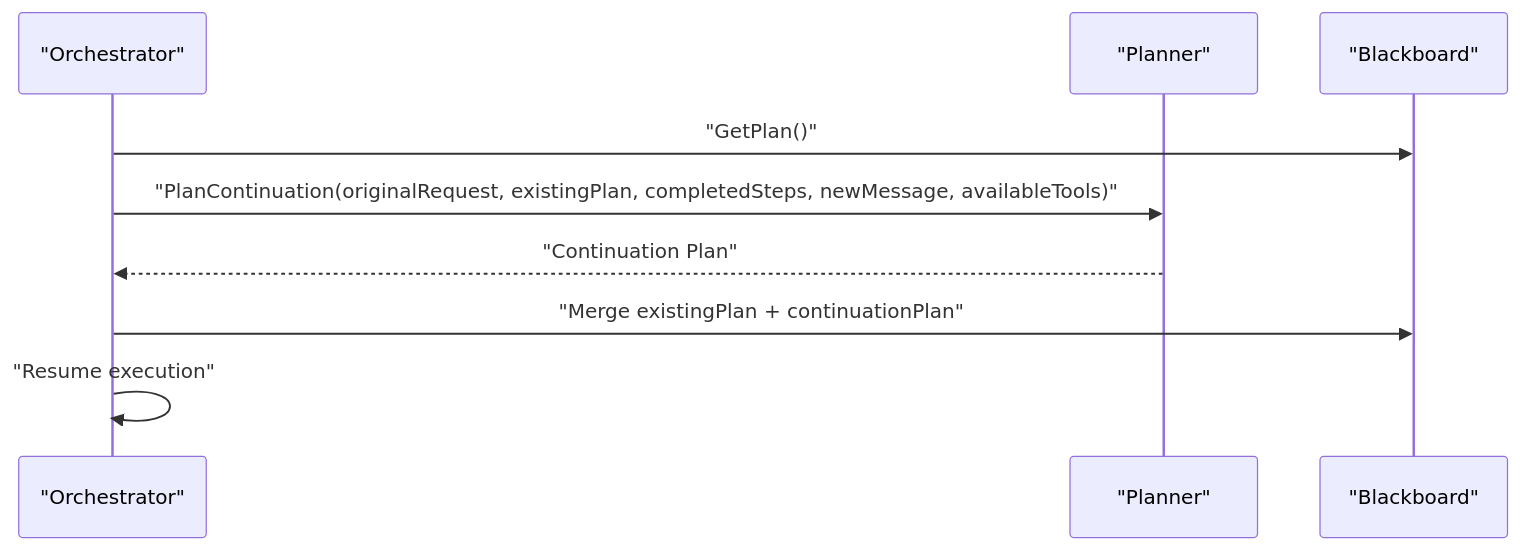
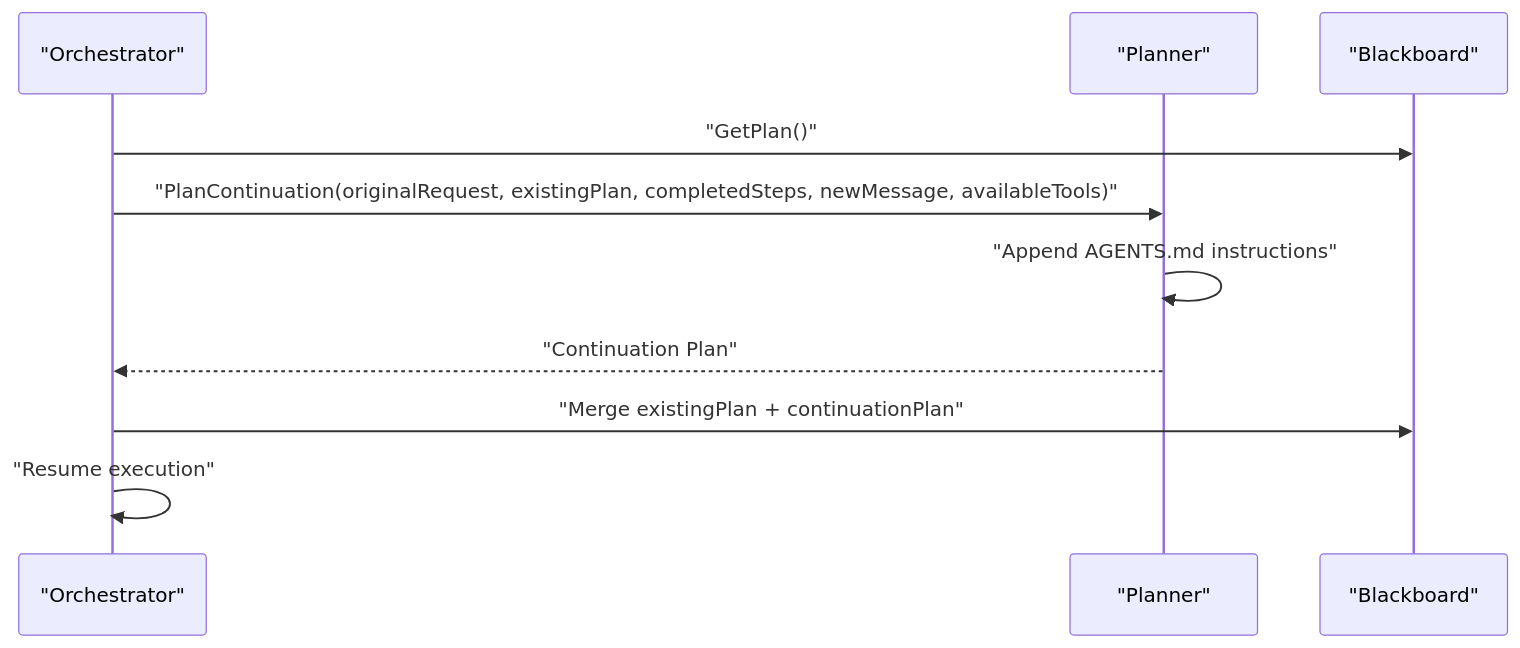
One commit to v0lka/c0wrk changed the seventh of 10 diagrams in .qoder/repowiki/en/content/Core AI Engine/Planner System.md. Above: the diagram before and after it, drawn with Mermaid. The commit also changed other lines of this file and 80 other files, not shown here.

````diff
--- a/.qoder/repowiki/en/content/Core AI Engine/Planner System.md
+++ b/.qoder/repowiki/en/content/Core AI Engine/Planner System.md
@@ -300,11 +332,12 @@
 ```mermaid
 sequenceDiagram
 participant Orchestrator as "Orchestrator"
 participant Planner as "Planner"
 participant BB as "Blackboard"
 Orchestrator->>BB : "GetPlan()"
 Orchestrator->>Planner : "PlanContinuation(originalRequest, existingPlan, completedSteps, newMessage, availableTools)"
+Planner->>Planner : "Append AGENTS.md instructions"
 Planner-->>Orchestrator : "Continuation Plan"
 Orchestrator->>BB : "Merge existingPlan + continuationPlan"
 Orchestrator->>Orchestrator : "Resume execution"
 ```
````
